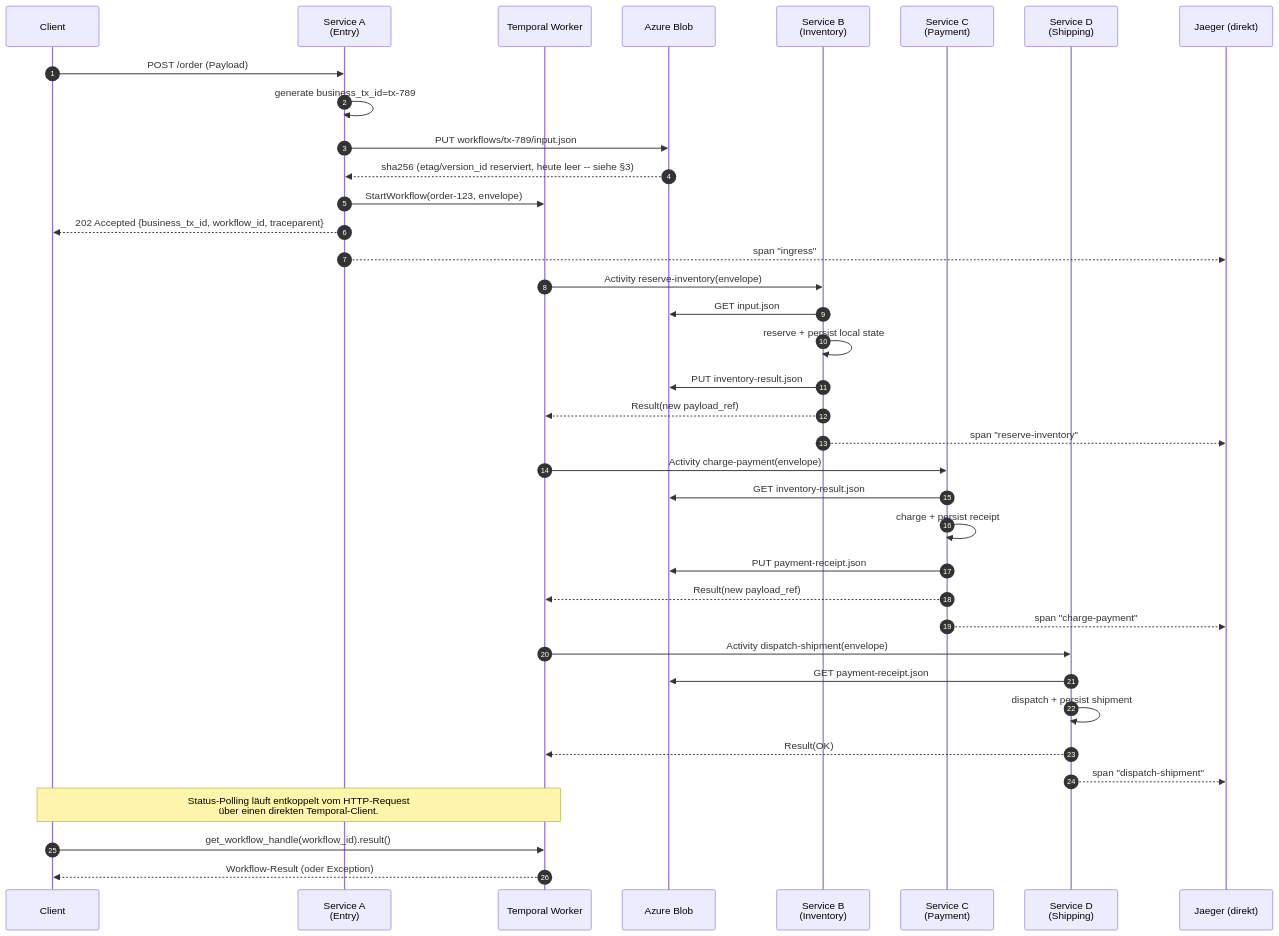
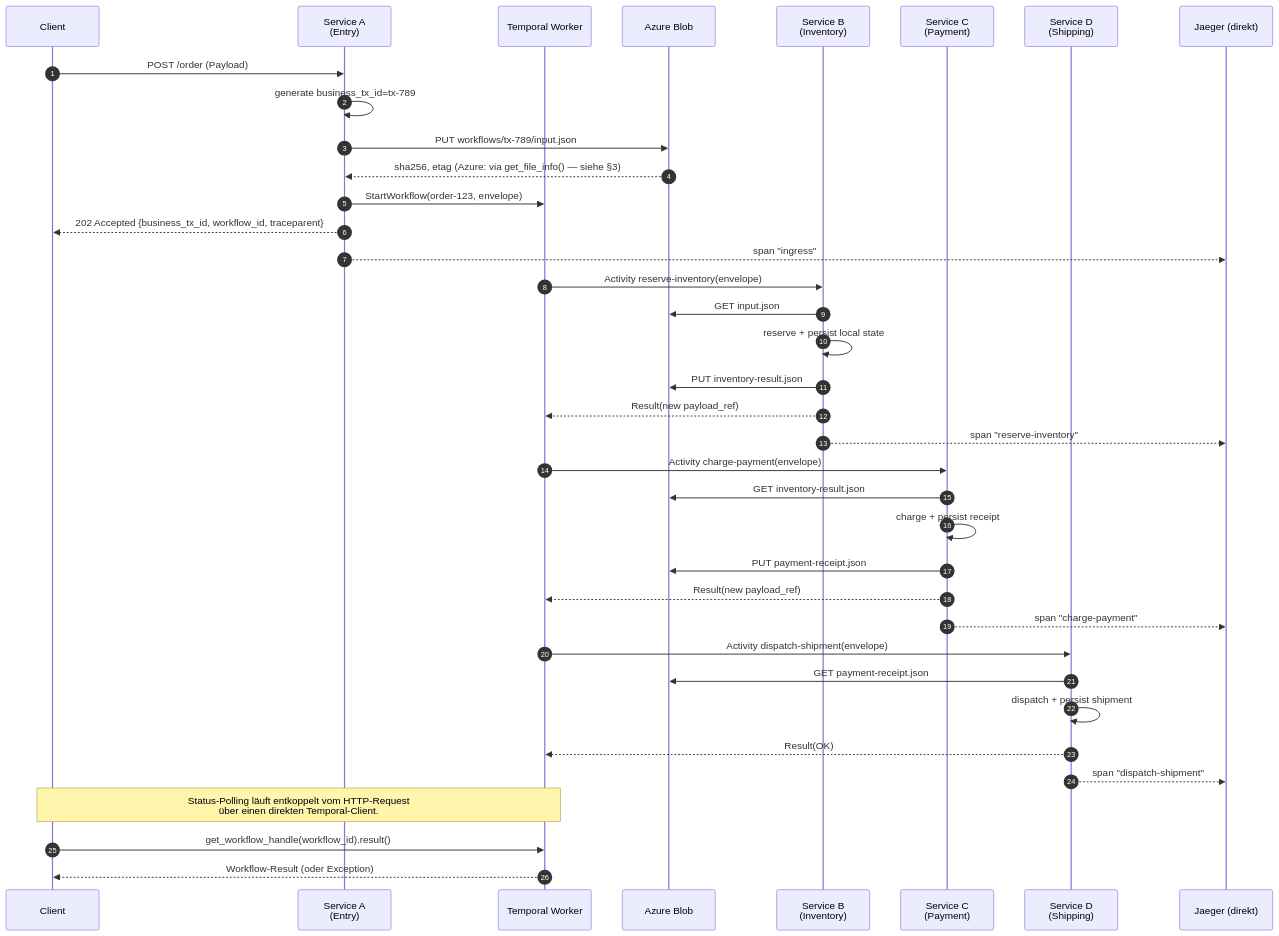
One commit to haalfi/integration-showcase changed the second of 6 diagrams in sdd/research/research-temporal-azure-otel-orchestration.md. Above: the diagram before and after it, drawn with Mermaid. The commit also changed other lines of this file and 6 other files, not shown here.

First line of the commit message:
IS-010: populate BlobRef.etag from get_file_info() post-write (#17)

````diff
--- a/sdd/research/research-temporal-azure-otel-orchestration.md
+++ b/sdd/research/research-temporal-azure-otel-orchestration.md
@@ -129,44 +129,44 @@
 ```mermaid
 sequenceDiagram
     autonumber
     participant U as Client
     participant A as Service A<br/>(Entry)
     participant T as Temporal Worker
     participant AB as Azure Blob
     participant B as Service B<br/>(Inventory)
     participant C as Service C<br/>(Payment)
     participant D as Service D<br/>(Shipping)
     participant O as Jaeger (direkt)
 
     U->>A: POST /order (Payload)
     A->>A: generate business_tx_id=tx-789
     A->>AB: PUT workflows/tx-789/input.json
-    AB-->>A: sha256 (etag/version_id reserviert, heute leer -- siehe §3)
+    AB-->>A: sha256, etag (Azure: via get_file_info() — siehe §3)
     A->>T: StartWorkflow(order-123, envelope)
     A-->>U: 202 Accepted {business_tx_id, workflow_id, traceparent}
     A-->>O: span "ingress"
 
     T->>B: Activity reserve-inventory(envelope)
     B->>AB: GET input.json
     B->>B: reserve + persist local state
     B->>AB: PUT inventory-result.json
     B-->>T: Result(new payload_ref)
     B-->>O: span "reserve-inventory"
 
     T->>C: Activity charge-payment(envelope)
     C->>AB: GET inventory-result.json
     C->>C: charge + persist receipt
     C->>AB: PUT payment-receipt.json
     C-->>T: Result(new payload_ref)
     C-->>O: span "charge-payment"
 
     T->>D: Activity dispatch-shipment(envelope)
     D->>AB: GET payment-receipt.json
     D->>D: dispatch + persist shipment
     D-->>T: Result(OK)
     D-->>O: span "dispatch-shipment"
 
     Note over U,T: Status-Polling läuft entkoppelt vom HTTP-Request<br/>über einen direkten Temporal-Client.
     U->>T: get_workflow_handle(workflow_id).result()
     T-->>U: Workflow-Result (oder Exception)
 ```
````
